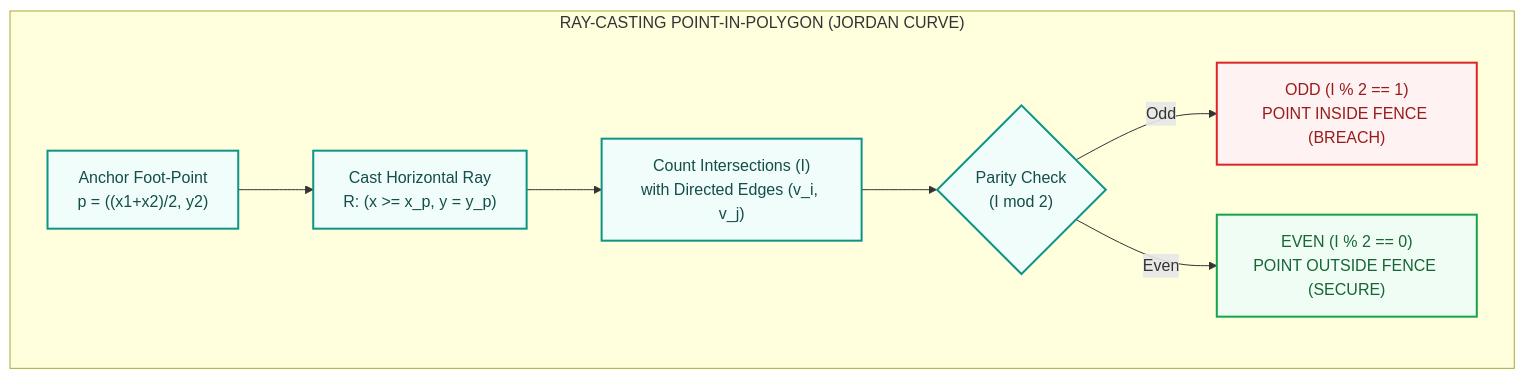
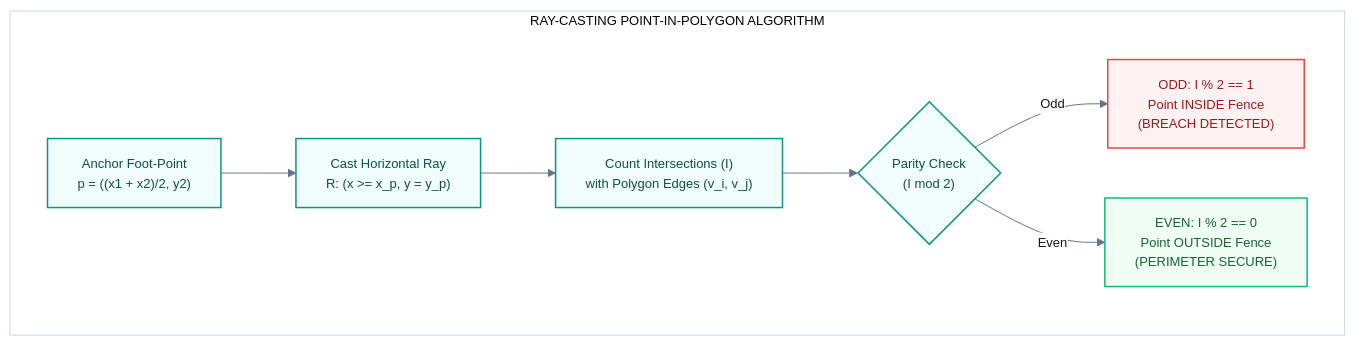
Before and after one commit to Cheesenoice/IoT-EdgeAI-Intrusion-Detection: the second of 7 diagrams in README.md, drawn with Mermaid. The commit also changed other lines of this file and 15 other files, not shown here.

Commit message:
style: unify clean light theme across dashboard and documentation with high-res diagrams

````diff
--- a/README.md
+++ b/README.md
@@ -156,24 +171,39 @@
 ```mermaid
+%%{init: {
+  'theme': 'base',
+  'themeVariables': {
+    'fontFamily': 'Segoe UI, Inter, -apple-system, sans-serif',
+    'fontSize': '13px',
+    'primaryColor': '#ffffff',
+    'primaryTextColor': '#0f172a',
+    'primaryBorderColor': '#3b82f6',
+    'lineColor': '#64748b',
+    'edgeLabelBackground': '#ffffff',
+    'clusterBkg': '#ffffff',
+    'clusterBorder': '#cbd5e1',
+    'mainBkg': '#ffffff'
+  }
+}}%%
 flowchart LR
-    subgraph RayCasting ["RAY-CASTING POINT-IN-POLYGON (JORDAN CURVE)"]
+    subgraph RayCasting ["RAY-CASTING POINT-IN-POLYGON ALGORITHM"]
         direction LR
-        PAnchor["Anchor Foot-Point<br/>p = ((x1+x2)/2, y2)"]
+        PAnchor["Anchor Foot-Point<br/>p = ((x1 + x2)/2, y2)"]
         Ray["Cast Horizontal Ray<br/>R: (x >= x_p, y = y_p)"]
-        Count["Count Intersections (I)<br/>with Directed Edges (v_i, v_j)"]
+        Count["Count Intersections (I)<br/>with Polygon Edges (v_i, v_j)"]
         Parity{"Parity Check<br/>(I mod 2)"}
-        Inside["ODD (I % 2 == 1)<br/>POINT INSIDE FENCE (BREACH)"]
-        Outside["EVEN (I % 2 == 0)<br/>POINT OUTSIDE FENCE (SECURE)"]
+        Inside["ODD: I % 2 == 1<br/>Point INSIDE Fence<br/>(BREACH DETECTED)"]
+        Outside["EVEN: I % 2 == 0<br/>Point OUTSIDE Fence<br/>(PERIMETER SECURE)"]
 
         PAnchor --> Ray --> Count --> Parity
         Parity -- "Odd" --> Inside
         Parity -- "Even" --> Outside
     end
 
-    classDef anchor fill:#f0fdfa,stroke:#0d9488,stroke-width:2px,color:#134e4a;
-    classDef breach fill:#fef2f2,stroke:#dc2626,stroke-width:2px,color:#991b1b;
-    classDef secure fill:#f0fdf4,stroke:#16a34a,stroke-width:2px,color:#166534;
+    classDef anchor fill:#f0fdfa,stroke:#0d9488,stroke-width:1.5px,color:#134e4a;
+    classDef breach fill:#fef2f2,stroke:#ef4444,stroke-width:1.5px,color:#991b1b;
+    classDef secure fill:#f0fdf4,stroke:#10b981,stroke-width:1.5px,color:#166534;
 
     class PAnchor,Ray,Count,Parity anchor;
     class Inside breach;
     class Outside secure;
 ```
````
